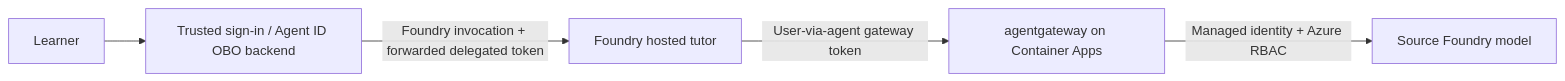
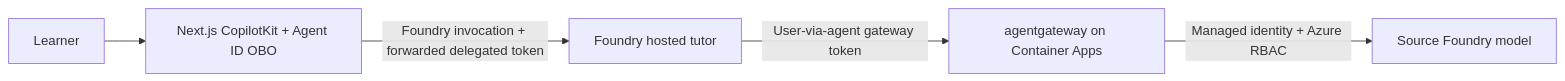
The second of 2 diagrams in README.md (ikhemissi/foundry-agent-with-agentgateway-gateway), drawn with Mermaid before and after one commit. The commit also changed other lines of this file and 43 other files, not shown here.

First line of the commit message:
feat: add CopilotKit demo with delegated Agent ID authentication

````diff
--- a/README.md
+++ b/README.md
@@ -54,12 +57,12 @@
 ```mermaid
 flowchart LR
     User["Learner"]
-    Backend["Trusted sign-in / Agent ID OBO backend"]
+    Backend["Next.js CopilotKit + Agent ID OBO"]
     Hosted["Foundry hosted tutor"]
     Gateway["agentgateway on Container Apps"]
     Model["Source Foundry model"]
     User --> Backend
     Backend -->|"Foundry invocation + forwarded delegated token"| Hosted
     Hosted -->|"User-via-agent gateway token"| Gateway
     Gateway -->|"Managed identity + Azure RBAC"| Model
 ```
````
